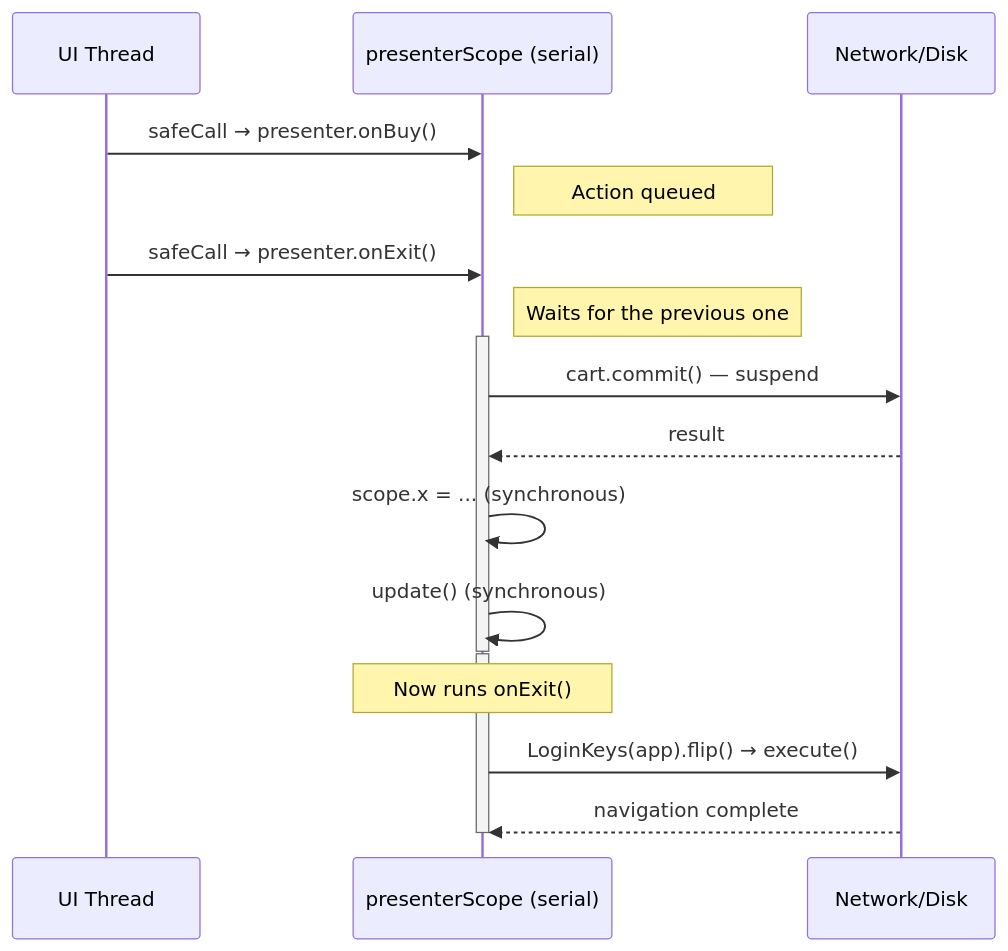
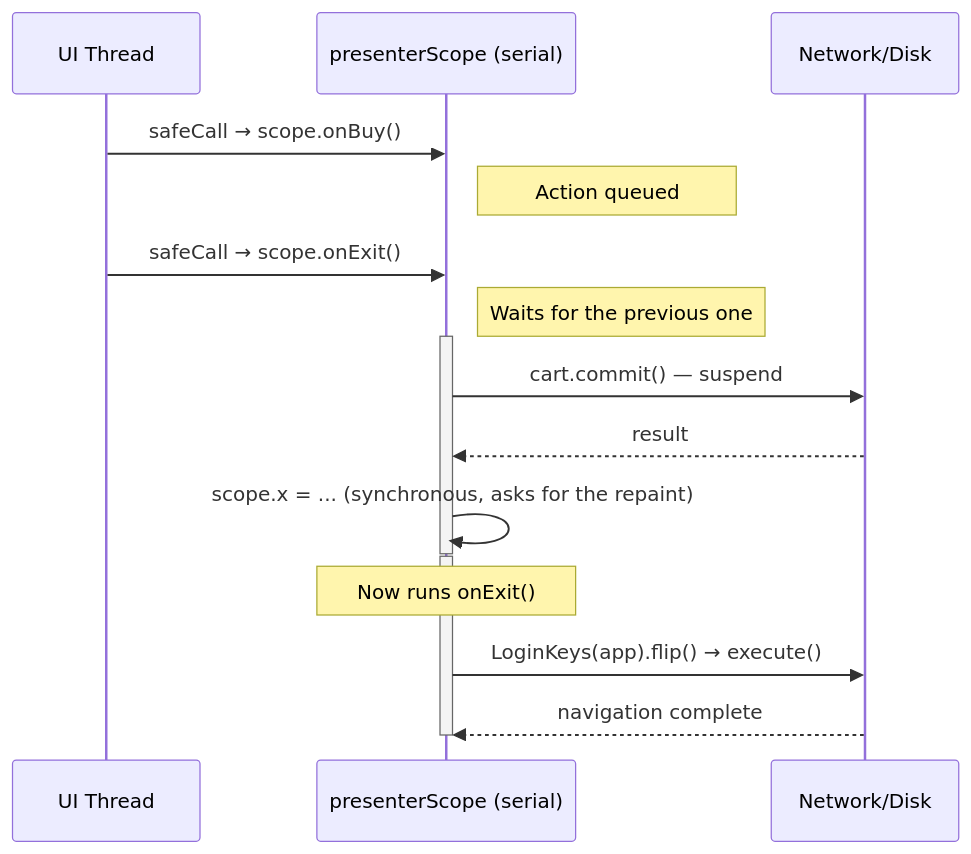
One commit to mrcdom/wdc-cube-kotlin changed diagram 12 of 19 in docs/architecture-cube.md. Above: the diagram before and after it, drawn with Mermaid. The commit also changed other lines of this file and 14 other files, not shown here.

````diff
--- a/docs/architecture-cube.md
+++ b/docs/architecture-cube.md
@@ -670,25 +767,24 @@
 ```mermaid
 sequenceDiagram
     participant UI as UI Thread
     participant Q as presenterScope (serial)
     participant IO as Network/Disk
 
-    UI->>Q: safeCall → presenter.onBuy()
+    UI->>Q: safeCall → scope.onBuy()
     Note right of Q: Action queued
 
-    UI->>Q: safeCall → presenter.onExit()
+    UI->>Q: safeCall → scope.onExit()
     Note right of Q: Waits for the previous one
 
     activate Q
     Q->>IO: cart.commit() — suspend
     IO-->>Q: result
-    Q->>Q: scope.x = ... (synchronous)
-    Q->>Q: update() (synchronous)
+    Q->>Q: scope.x = ... (synchronous, asks for the repaint)
     deactivate Q
 
     activate Q
     Note over Q: Now runs onExit()
     Q->>IO: LoginKeys(app).flip() → execute()
     IO-->>Q: navigation complete
     deactivate Q
 ```
````
